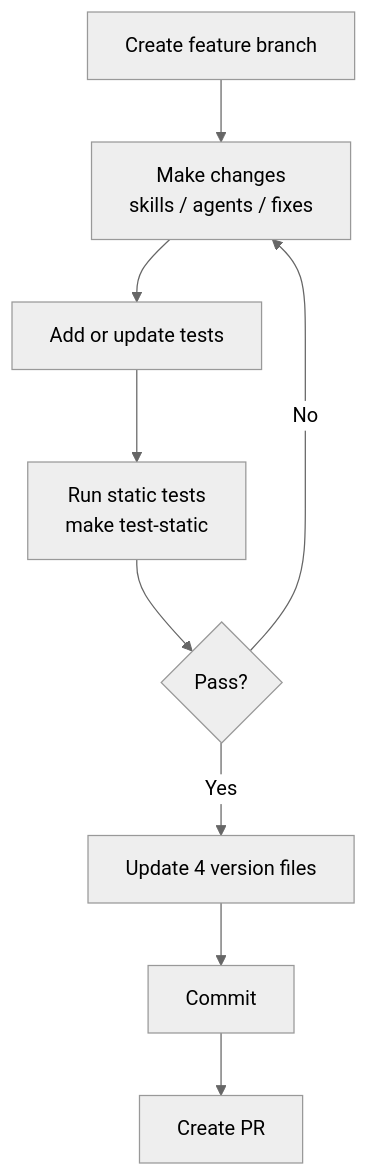
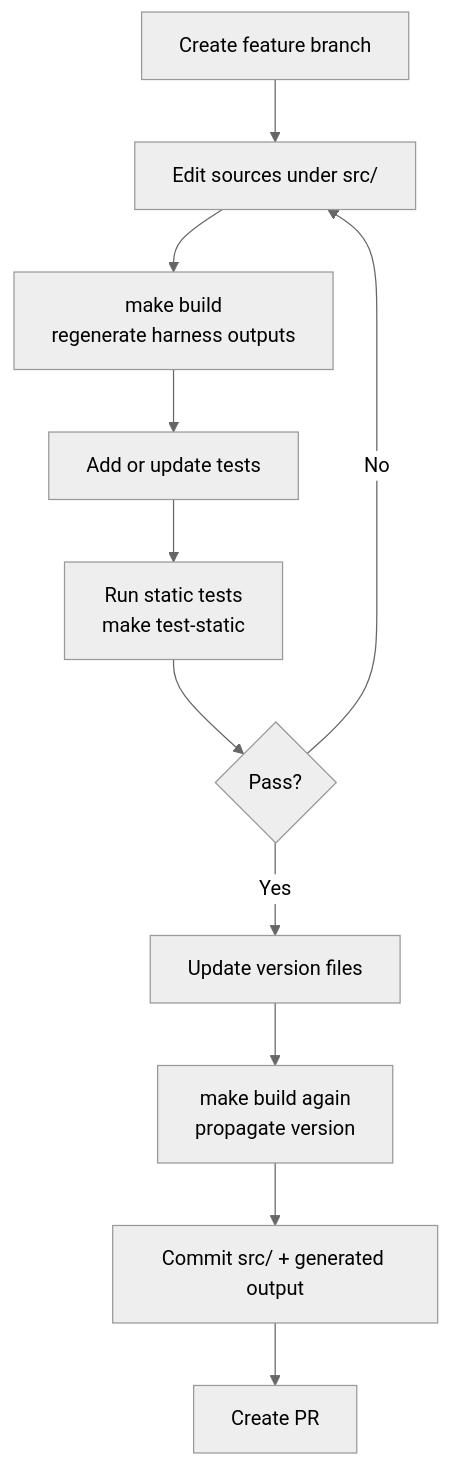
Before and after one commit to nilpath/nilpath-marketplace: the first of 2 diagrams in ai_docs/release-workflow.md, drawn with Mermaid (neutral theme). The commit also changed other lines of this file and 464 other files, not shown here.

````diff
--- a/ai_docs/release-workflow.md
+++ b/ai_docs/release-workflow.md
@@ -7,11 +12,13 @@
 ```mermaid
 flowchart TD
-    A[Create feature branch] --> B[Make changes\nskills / agents / fixes]
-    B --> C[Add or update tests]
-    C --> D[Run static tests\nmake test-static]
-    D --> E{Pass?}
-    E -- No --> B
-    E -- Yes --> F[Update 4 version files]
-    F --> G[Commit]
-    G --> H[Create PR]
+    A[Create feature branch] --> B[Edit sources under src/]
+    B --> C[make build\nregenerate harness outputs]
+    C --> D[Add or update tests]
+    D --> E[Run static tests\nmake test-static]
+    E --> F{Pass?}
+    F -- No --> B
+    F -- Yes --> G[Update version files]
+    G --> H[make build again\npropagate version]
+    H --> I[Commit src/ + generated output]
+    I --> J[Create PR]
 ```
````
